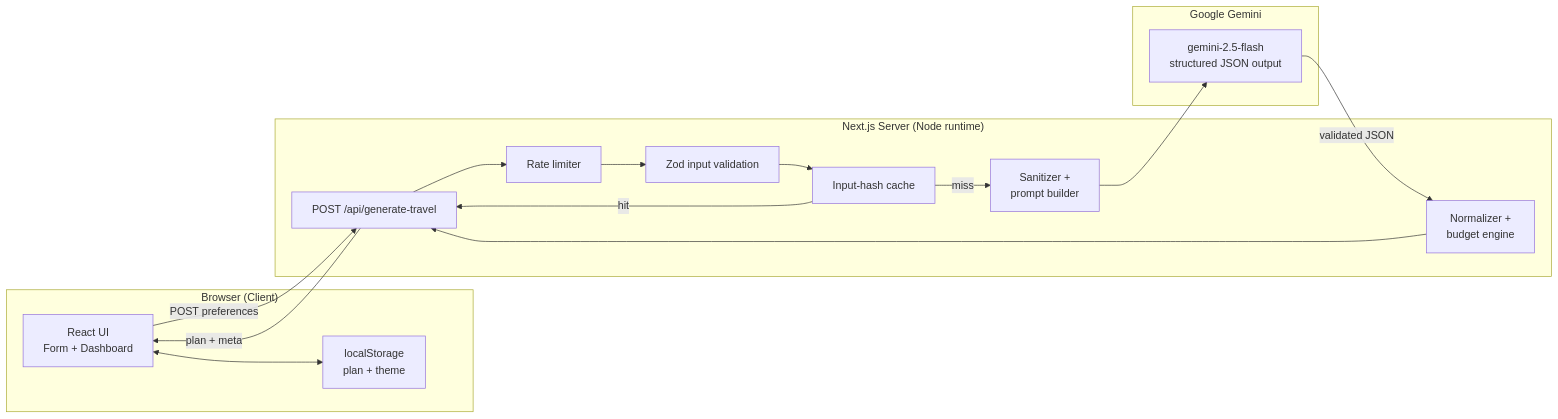
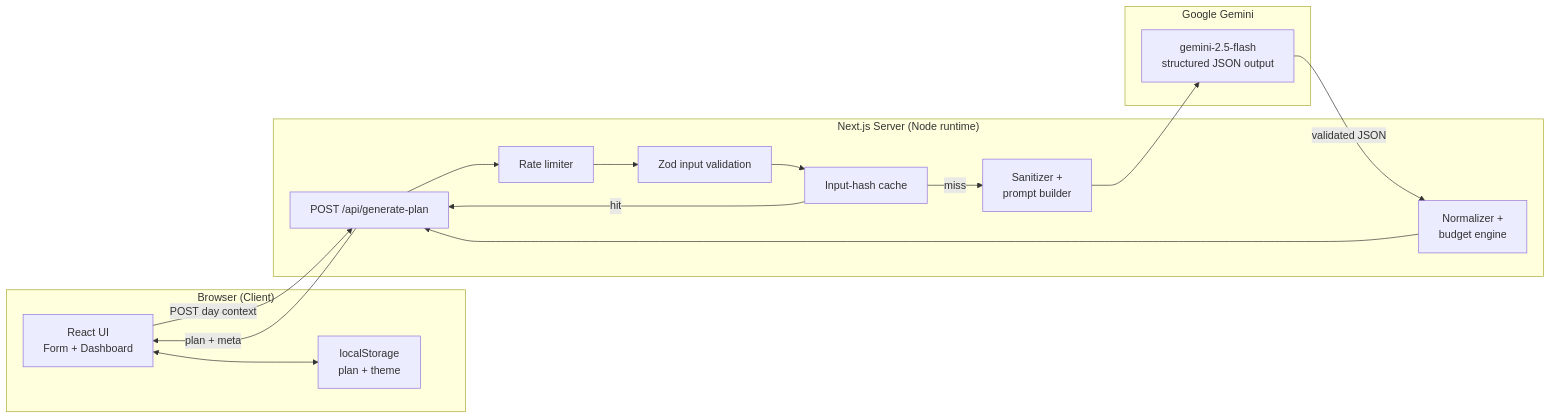
The diagram in README.md (TanuShree952838/LocaleLore), drawn with Mermaid before and after one commit. The commit also changed other lines of this file and 12 other files, not shown here.

````diff
--- a/README.md
+++ b/README.md
@@ -162,28 +156,28 @@
 ```mermaid
 flowchart LR
   subgraph Client["Browser (Client)"]
     UI["React UI<br/>Form + Dashboard"]
     LS["localStorage<br/>plan + theme"]
     UI <--> LS
   end
 
   subgraph Server["Next.js Server (Node runtime)"]
-    API["POST /api/generate-travel"]
+    API["POST /api/generate-plan"]
     RL["Rate limiter"]
     VAL["Zod input validation"]
     CACHE["Input-hash cache"]
     SAN["Sanitizer +<br/>prompt builder"]
     NORM["Normalizer +<br/>budget engine"]
   end
 
   subgraph AI["Google Gemini"]
     GEM["gemini-2.5-flash<br/>structured JSON output"]
   end
 
-  UI -->|"POST preferences"| API
+  UI -->|"POST day context"| API
   API --> RL --> VAL --> CACHE
   CACHE -->|"miss"| SAN --> GEM
   GEM -->|"validated JSON"| NORM --> API
   CACHE -->|"hit"| API
   API -->|"plan + meta"| UI
 ```
````
